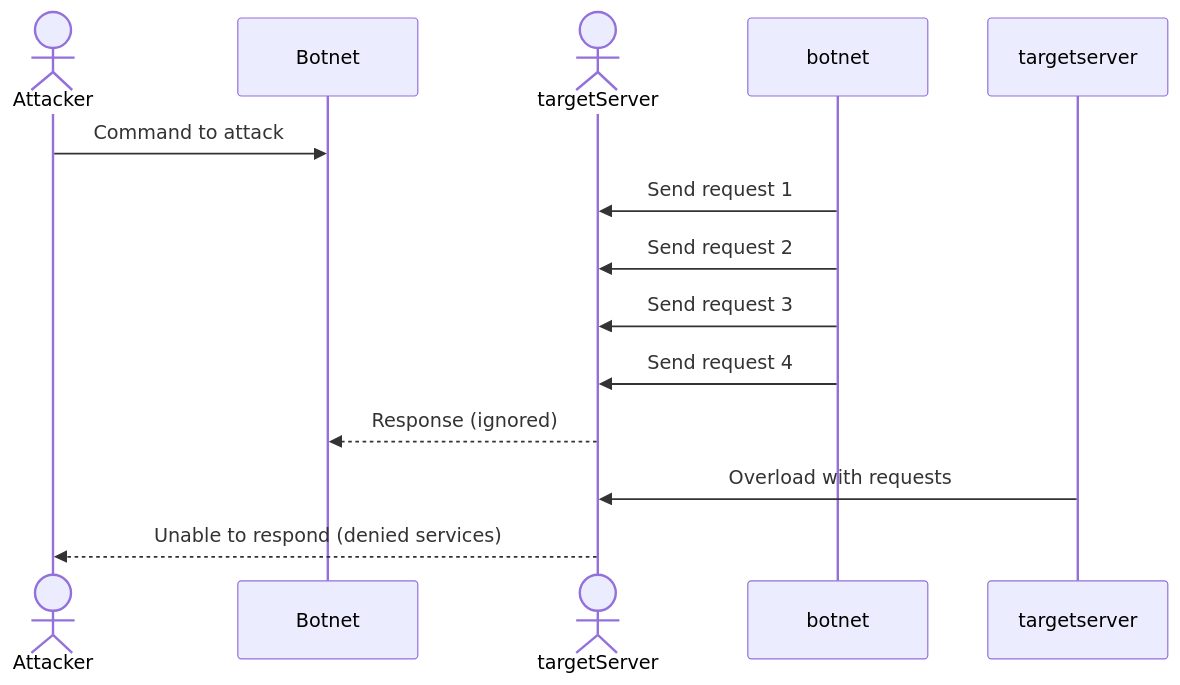
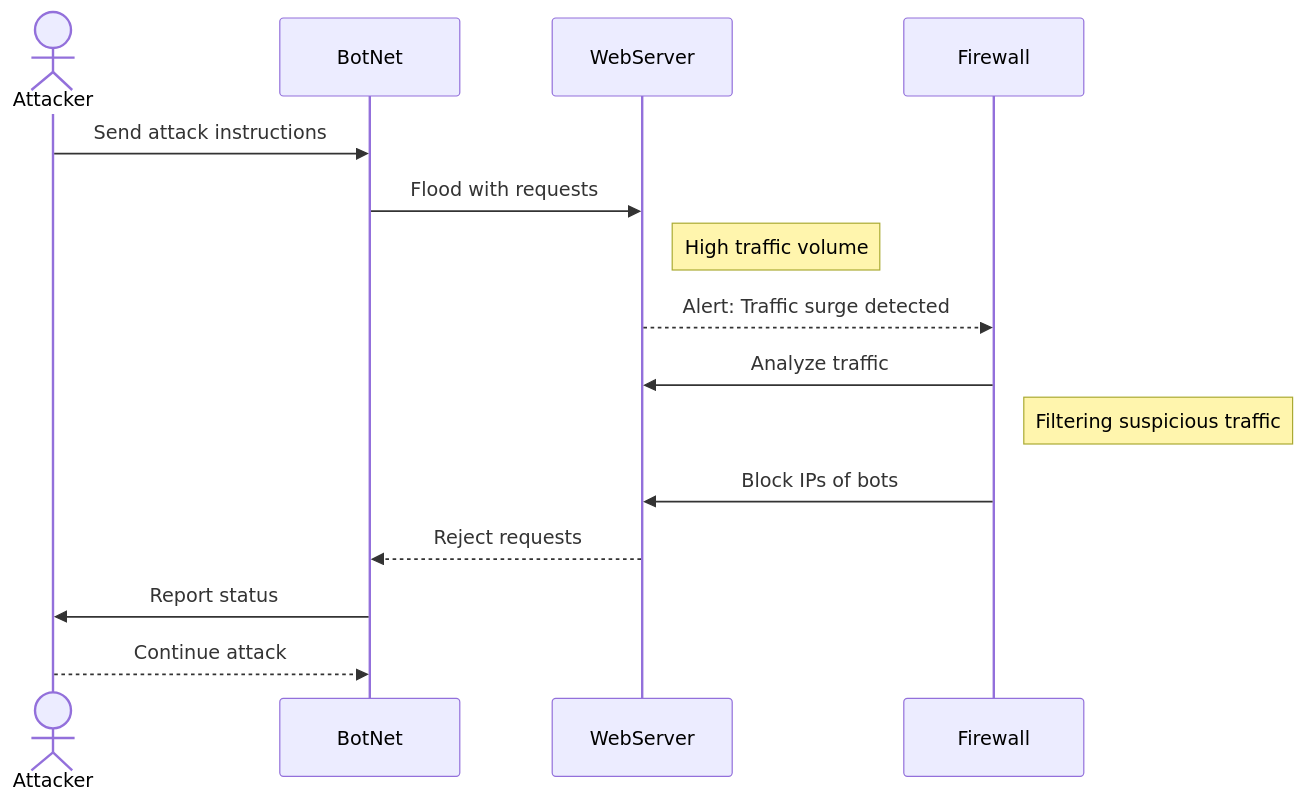
The diagram in DDoS_Attack_Sequence.md (number1bidoof/number1bidoof.girhub.io), drawn with Mermaid before and after one commit. The commit also changed other lines of this file and 1 other file, not shown here.

````diff
--- a/DDoS_Attack_Sequence.md
+++ b/DDoS_Attack_Sequence.md
@@ -1,16 +1,18 @@
-``` mermaid
+```mermaid
 sequenceDiagram
     actor Attacker
-    participant Botnet
-    actor targetServer
+    participant BotNet
+    participant WebServer
+    participant Firewall
 
-    Attacker->>Botnet: Command to attack
-    botnet->>targetServer: Send request 1
-    botnet->>targetServer: Send request 2
-    botnet->>targetServer: Send request 3
-    botnet->>targetServer: Send request 4
-    targetServer-->>Botnet: Response (ignored)
-    targetserver->>targetServer: Overload with requests
-    targetServer-->>Attacker: Unable to respond (denied services)
-    
- ```
+    Attacker->>BotNet: Send attack instructions
+    BotNet->>WebServer: Flood with requests
+    Note right of WebServer: High traffic volume
+    WebServer-->>Firewall: Alert: Traffic surge detected
+    Firewall->>WebServer: Analyze traffic
+    Note right of Firewall: Filtering suspicious traffic
+    Firewall->>WebServer: Block IPs of bots
+    WebServer-->>BotNet: Reject requests
+    BotNet->>Attacker: Report status
+    Attacker-->>BotNet: Continue attack
+```
````
